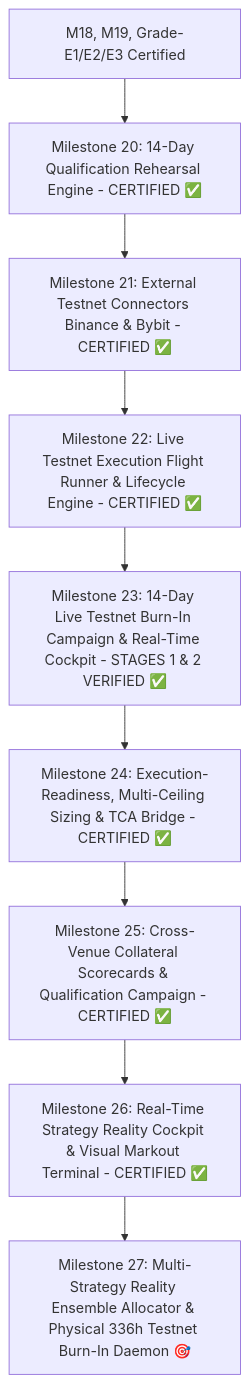
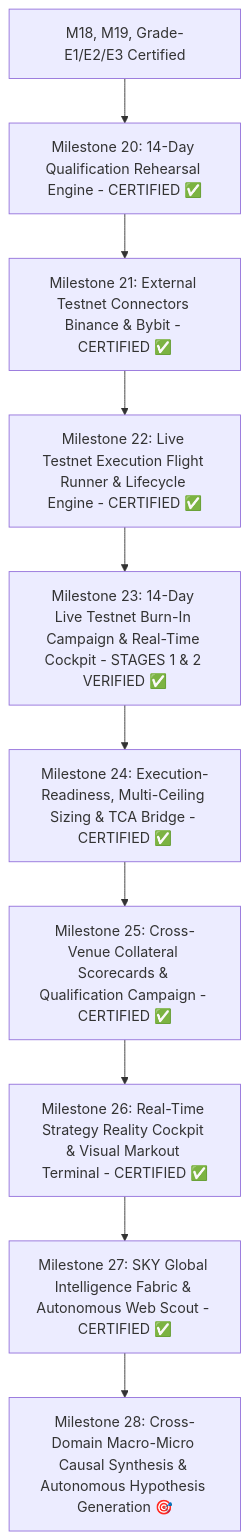
The diagram in Users/azims/CBT/docs/NEXT_SESSION_PLAN.md (cloudshome/CBT), drawn with Mermaid before and after one commit. The commit also changed other lines of this file and 18 other files, not shown here.

Commit message:
feat(intelligence): implement Milestone 27 Global Intelligence Fabric and Autonomous Web Scout (14 passing tests)

````diff
--- a/Users/azims/CBT/docs/NEXT_SESSION_PLAN.md
+++ b/Users/azims/CBT/docs/NEXT_SESSION_PLAN.md
@@ -58,11 +58,12 @@
 ```mermaid
 flowchart TD
     A[M18, M19, Grade-E1/E2/E3 Certified] --> B[Milestone 20: 14-Day Qualification Rehearsal Engine - CERTIFIED ✅]
     B --> C[Milestone 21: External Testnet Connectors Binance & Bybit - CERTIFIED ✅]
     C --> D[Milestone 22: Live Testnet Execution Flight Runner & Lifecycle Engine - CERTIFIED ✅]
     D --> E[Milestone 23: 14-Day Live Testnet Burn-In Campaign & Real-Time Cockpit - STAGES 1 & 2 VERIFIED ✅]
     E --> F[Milestone 24: Execution-Readiness, Multi-Ceiling Sizing & TCA Bridge - CERTIFIED ✅]
     F --> G[Milestone 25: Cross-Venue Collateral Scorecards & Qualification Campaign - CERTIFIED ✅]
     G --> H[Milestone 26: Real-Time Strategy Reality Cockpit & Visual Markout Terminal - CERTIFIED ✅]
-    H --> I[Milestone 27: Multi-Strategy Reality Ensemble Allocator & Physical 336h Testnet Burn-In Daemon 🎯]
+    H --> I[Milestone 27: SKY Global Intelligence Fabric & Autonomous Web Scout - CERTIFIED ✅]
+    I --> J[Milestone 28: Cross-Domain Macro-Micro Causal Synthesis & Autonomous Hypothesis Generation 🎯]
 ```
````
